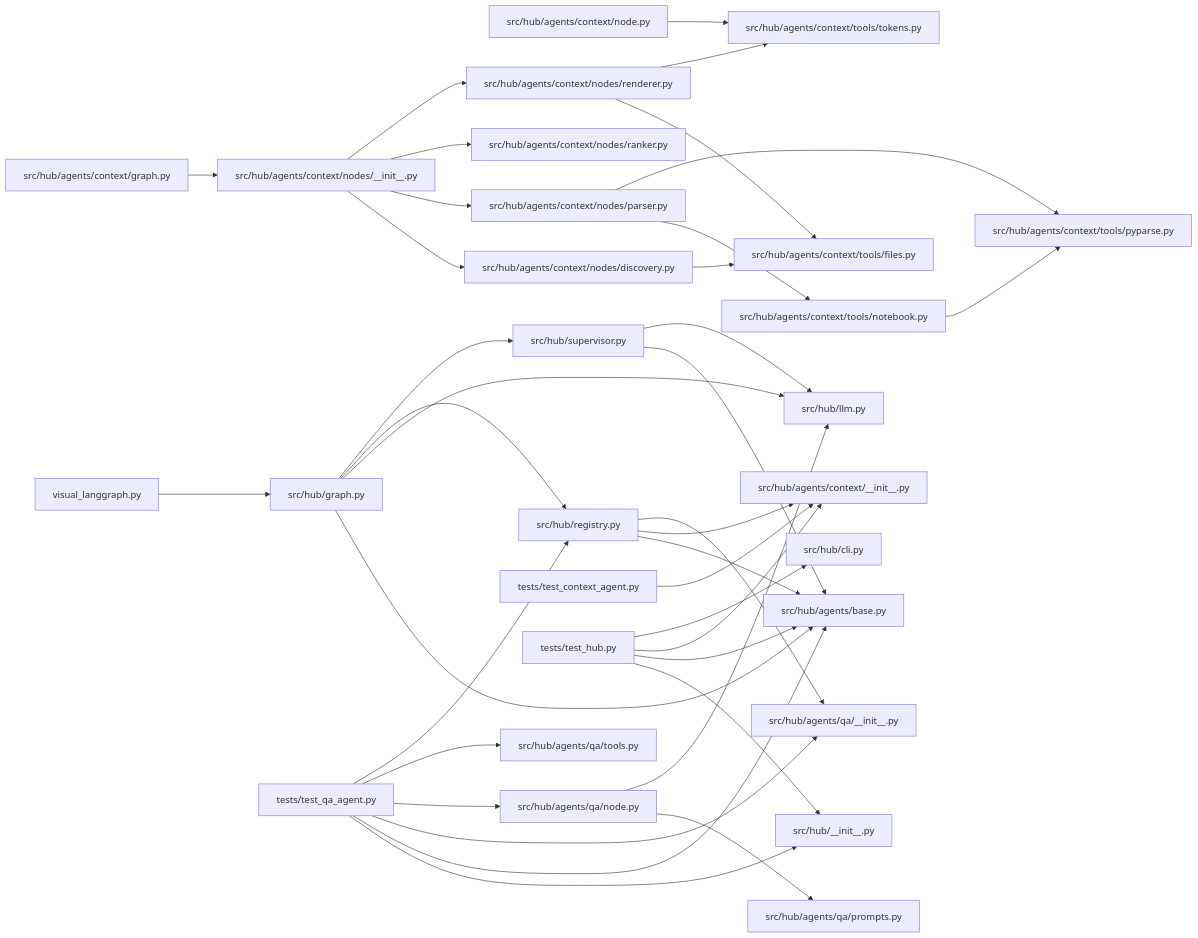
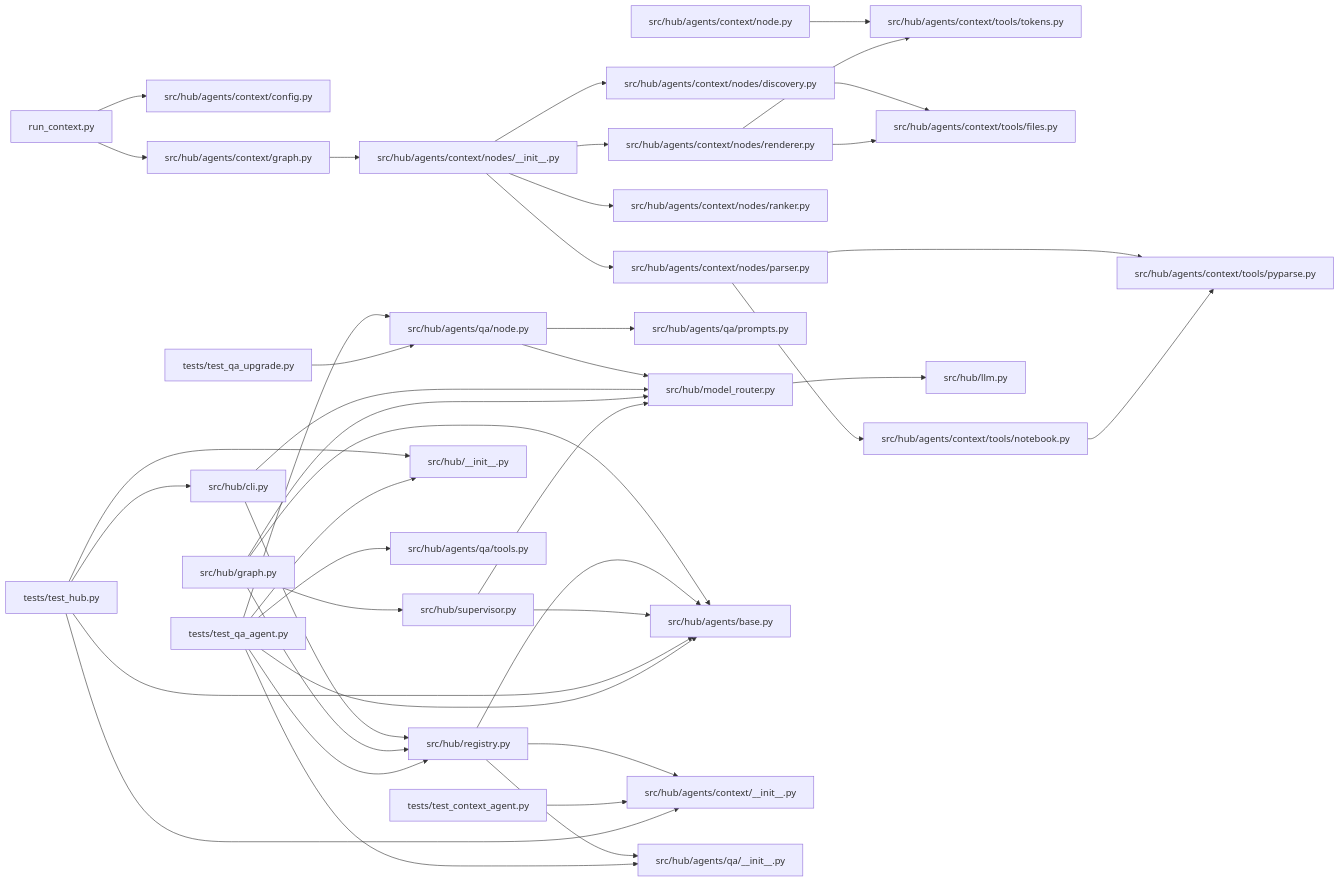
Before and after one commit to MinhTrietPhan/multiagent-free: the diagram in PROJECT_CONTEXT_full.md, drawn with Mermaid. The commit also changed other lines of this file and 21 other files, not shown here.

````diff
--- a/PROJECT_CONTEXT_full.md
+++ b/PROJECT_CONTEXT_full.md
@@ -66,38 +70,44 @@
 ```mermaid
 graph LR
+  run_context_py["run_context.py"] --> src_hub_agents_context_config_py["src/hub/agents/context/config.py"]
+  run_context_py["run_context.py"] --> src_hub_agents_context_graph_py["src/hub/agents/context/graph.py"]
   src_hub_agents_context_graph_py["src/hub/agents/context/graph.py"] --> src_hub_agents_context_nodes___init___py["src/hub/agents/context/nodes/__init__.py"]
   src_hub_agents_context_node_py["src/hub/agents/context/node.py"] --> src_hub_agents_context_tools_tokens_py["src/hub/agents/context/tools/tokens.py"]
   src_hub_agents_context_nodes___init___py["src/hub/agents/context/nodes/__init__.py"] --> src_hub_agents_context_nodes_discovery_py["src/hub/agents/context/nodes/discovery.py"]
   src_hub_agents_context_nodes___init___py["src/hub/agents/context/nodes/__init__.py"] --> src_hub_agents_context_nodes_parser_py["src/hub/agents/context/nodes/parser.py"]
   src_hub_agents_context_nodes___init___py["src/hub/agents/context/nodes/__init__.py"] --> src_hub_agents_context_nodes_ranker_py["src/hub/agents/context/nodes/ranker.py"]
   src_hub_agents_context_nodes___init___py["src/hub/agents/context/nodes/__init__.py"] --> src_hub_agents_context_nodes_renderer_py["src/hub/agents/context/nodes/renderer.py"]
   src_hub_agents_context_nodes_discovery_py["src/hub/agents/context/nodes/discovery.py"] --> src_hub_agents_context_tools_files_py["src/hub/agents/context/tools/files.py"]
   src_hub_agents_context_nodes_parser_py["src/hub/agents/context/nodes/parser.py"] --> src_hub_agents_context_tools_notebook_py["src/hub/agents/context/tools/notebook.py"]
   src_hub_agents_context_nodes_parser_py["src/hub/agents/context/nodes/parser.py"] --> src_hub_agents_context_tools_pyparse_py["src/hub/agents/context/tools/pyparse.py"]
   src_hub_agents_context_nodes_renderer_py["src/hub/agents/context/nodes/renderer.py"] --> src_hub_agents_context_tools_files_py["src/hub/agents/context/tools/files.py"]
   src_hub_agents_context_nodes_renderer_py["src/hub/agents/context/nodes/renderer.py"] --> src_hub_agents_context_tools_tokens_py["src/hub/agents/context/tools/tokens.py"]
   src_hub_agents_context_tools_notebook_py["src/hub/agents/context/tools/notebook.py"] --> src_hub_agents_context_tools_pyparse_py["src/hub/agents/context/tools/pyparse.py"]
   src_hub_agents_qa_node_py["src/hub/agents/qa/node.py"] --> src_hub_agents_qa_prompts_py["src/hub/agents/qa/prompts.py"]
-  src_hub_agents_qa_node_py["src/hub/agents/qa/node.py"] --> src_hub_llm_py["src/hub/llm.py"]
+  src_hub_agents_qa_node_py["src/hub/agents/qa/node.py"] --> src_hub_model_router_py["src/hub/model_router.py"]
+  src_hub_cli_py["src/hub/cli.py"] --> src_hub_model_router_py["src/hub/model_router.py"]
+  src_hub_cli_py["src/hub/cli.py"] --> src_hub_registry_py["src/hub/registry.py"]
   src_hub_graph_py["src/hub/graph.py"] --> src_hub_agents_base_py["src/hub/agents/base.py"]
-  src_hub_graph_py["src/hub/graph.py"] --> src_hub_llm_py["src/hub/llm.py"]
+  src_hub_graph_py["src/hub/graph.py"] --> src_hub_model_router_py["src/hub/model_router.py"]
   src_hub_graph_py["src/hub/graph.py"] --> src_hub_registry_py["src/hub/registry.py"]
   src_hub_graph_py["src/hub/graph.py"] --> src_hub_supervisor_py["src/hub/supervisor.py"]
+  src_hub_model_router_py["src/hub/model_router.py"] --> src_hub_llm_py["src/hub/llm.py"]
   src_hub_registry_py["src/hub/registry.py"] --> src_hub_agents_base_py["src/hub/agents/base.py"]
   src_hub_registry_py["src/hub/registry.py"] --> src_hub_agents_context___init___py["src/hub/agents/context/__init__.py"]
   src_hub_registry_py["src/hub/registry.py"] --> src_hub_agents_qa___init___py["src/hub/agents/qa/__init__.py"]
   src_hub_supervisor_py["src/hub/supervisor.py"] --> src_hub_agents_base_py["src/hub/agents/base.py"]
-  src_hub_supervisor_py["src/hub/supervisor.py"] --> src_hub_llm_py["src/hub/llm.py"]
+  src_hub_supervisor_py["src/hub/supervisor.py"] --> src_hub_model_router_py["src/hub/model_router.py"]
   tests_test_context_agent_py["tests/test_context_agent.py"] --> src_hub_agents_context___init___py["src/hub/agents/context/__init__.py"]
   tests_test_hub_py["tests/test_hub.py"] --> src_hub___init___py["src/hub/__init__.py"]
   tests_test_hub_py["tests/test_hub.py"] --> src_hub_agents_base_py["src/hub/agents/base.py"]
   tests_test_hub_py["tests/test_hub.py"] --> src_hub_agents_context___init___py["src/hub/agents/context/__init__.py"]
   tests_test_hub_py["tests/test_hub.py"] --> src_hub_cli_py["src/hub/cli.py"]
   tests_test_qa_agent_py["tests/test_qa_agent.py"] --> src_hub___init___py["src/hub/__init__.py"]
   tests_test_qa_agent_py["tests/test_qa_agent.py"] --> src_hub_agents_base_py["src/hub/agents/base.py"]
   tests_test_qa_agent_py["tests/test_qa_agent.py"] --> src_hub_agents_qa___init___py["src/hub/agents/qa/__init__.py"]
   tests_test_qa_agent_py["tests/test_qa_agent.py"] --> src_hub_agents_qa_node_py["src/hub/agents/qa/node.py"]
   tests_test_qa_agent_py["tests/test_qa_agent.py"] --> src_hub_agents_qa_tools_py["src/hub/agents/qa/tools.py"]
   tests_test_qa_agent_py["tests/test_qa_agent.py"] --> src_hub_registry_py["src/hub/registry.py"]
-  visual_langgraph_py["visual_langgraph.py"] --> src_hub_graph_py["src/hub/graph.py"]
+  tests_test_qa_upgrade_py["tests/test_qa_upgrade.py"] --> src_hub_agents_qa_node_py["src/hub/agents/qa/node.py"]
+  %% +1 more edges omitted
 ```
````
